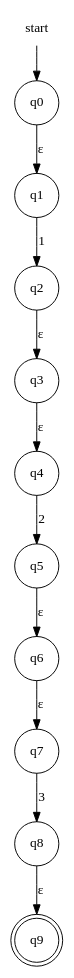
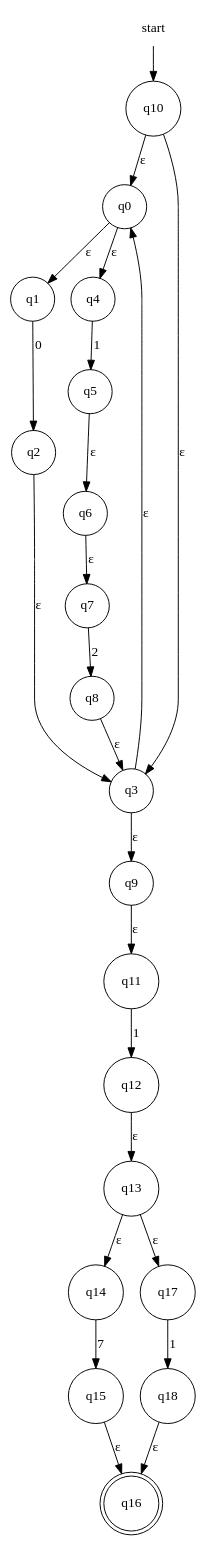
Before and after one commit to evertheylen/TA_TO: the diagram in fase1/RE-eNFA/regex_3.dot, drawn with Graphviz. The commit also changed 12 other files, not shown here.

```diff
--- a/fase1/RE-eNFA/regex_3.dot
+++ b/fase1/RE-eNFA/regex_3.dot
@@ -1,15 +1,28 @@
 digraph automaton {
     node [shape=none]; start;
-    node [shape=doublecircle]; "q9";
+    node [shape=doublecircle]; "q16";
     node [shape=circle];
-    start -> "q0";
+    start -> "q10";
     "q0" -> "q1" [label="&epsilon;"];
-    "q1" -> "q2" [label="1"];
+    "q0" -> "q4" [label="&epsilon;"];
+    "q1" -> "q2" [label="0"];
     "q2" -> "q3" [label="&epsilon;"];
-    "q3" -> "q4" [label="&epsilon;"];
-    "q4" -> "q5" [label="2"];
+    "q3" -> "q0" [label="&epsilon;"];
+    "q3" -> "q9" [label="&epsilon;"];
+    "q4" -> "q5" [label="1"];
     "q5" -> "q6" [label="&epsilon;"];
     "q6" -> "q7" [label="&epsilon;"];
-    "q7" -> "q8" [label="3"];
-    "q8" -> "q9" [label="&epsilon;"];
+    "q7" -> "q8" [label="2"];
+    "q8" -> "q3" [label="&epsilon;"];
+    "q9" -> "q11" [label="&epsilon;"];
+    "q10" -> "q0" [label="&epsilon;"];
+    "q10" -> "q3" [label="&epsilon;"];
+    "q11" -> "q12" [label="1"];
+    "q12" -> "q13" [label="&epsilon;"];
+    "q13" -> "q14" [label="&epsilon;"];
+    "q13" -> "q17" [label="&epsilon;"];
+    "q14" -> "q15" [label="7"];
+    "q15" -> "q16" [label="&epsilon;"];
+    "q17" -> "q18" [label="1"];
+    "q18" -> "q16" [label="&epsilon;"];
 }
```
